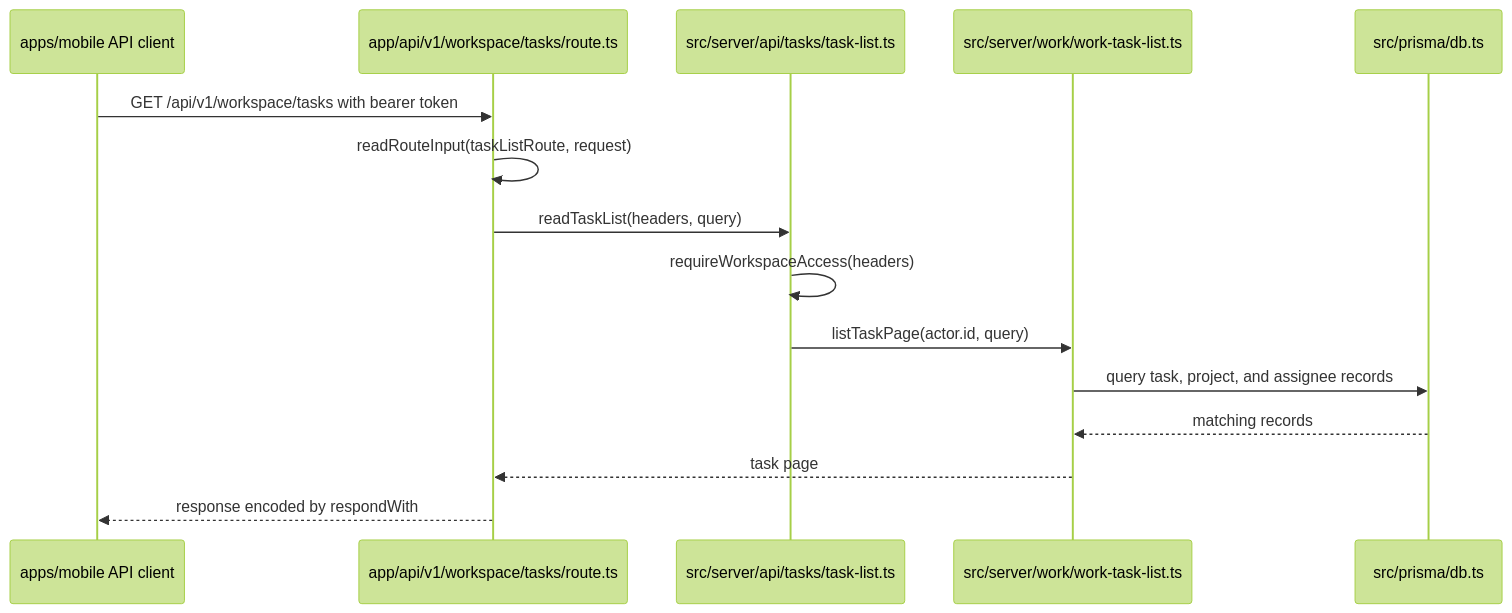
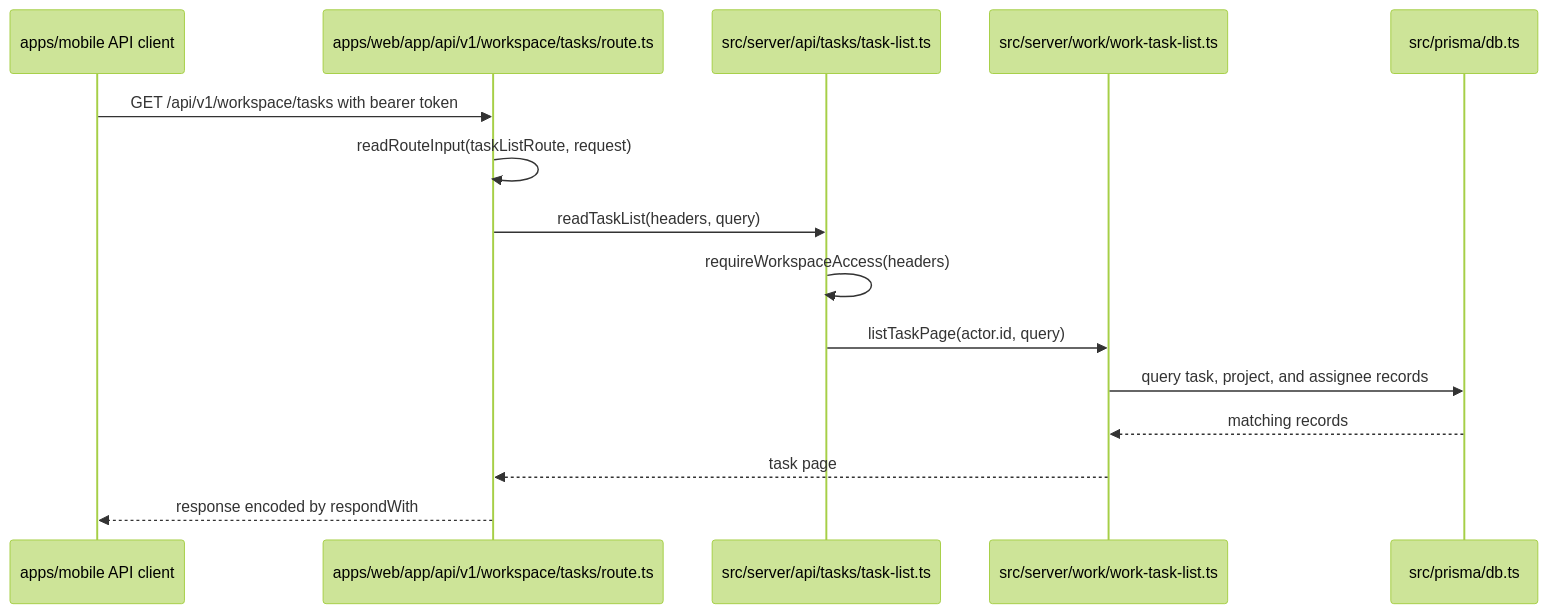
The second of 2 diagrams in docs/architecture.md (C1131-G/TASK-ONE), drawn with Mermaid (forest theme) before and after one commit. The commit also changed other lines of this file and 380 other files, not shown here.

Commit message:
Improve portal UI and move web app into apps

````diff
--- a/docs/architecture.md
+++ b/docs/architecture.md
@@ -41,17 +41,17 @@
 ```mermaid
 sequenceDiagram
     participant App as apps/mobile API client
-    participant Route as app/api/v1/workspace/tasks/route.ts
+    participant Route as apps/web/app/api/v1/workspace/tasks/route.ts
     participant Access as src/server/api/tasks/task-list.ts
     participant Query as src/server/work/work-task-list.ts
     participant DB as src/prisma/db.ts
     App->>Route: GET /api/v1/workspace/tasks with bearer token
     Route->>Route: readRouteInput(taskListRoute, request)
     Route->>Access: readTaskList(headers, query)
     Access->>Access: requireWorkspaceAccess(headers)
     Access->>Query: listTaskPage(actor.id, query)
     Query->>DB: query task, project, and assignee records
     DB-->>Query: matching records
     Query-->>Route: task page
     Route-->>App: response encoded by respondWith
 ```
````
